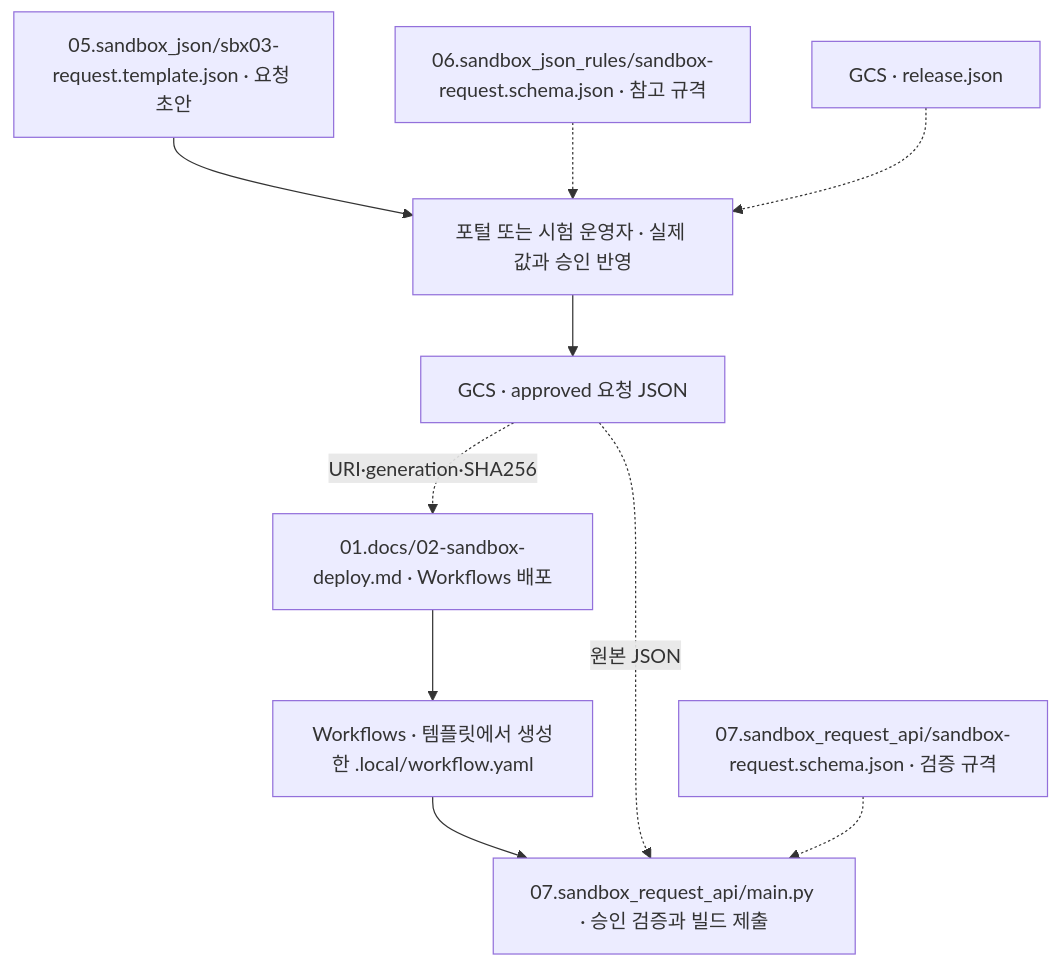
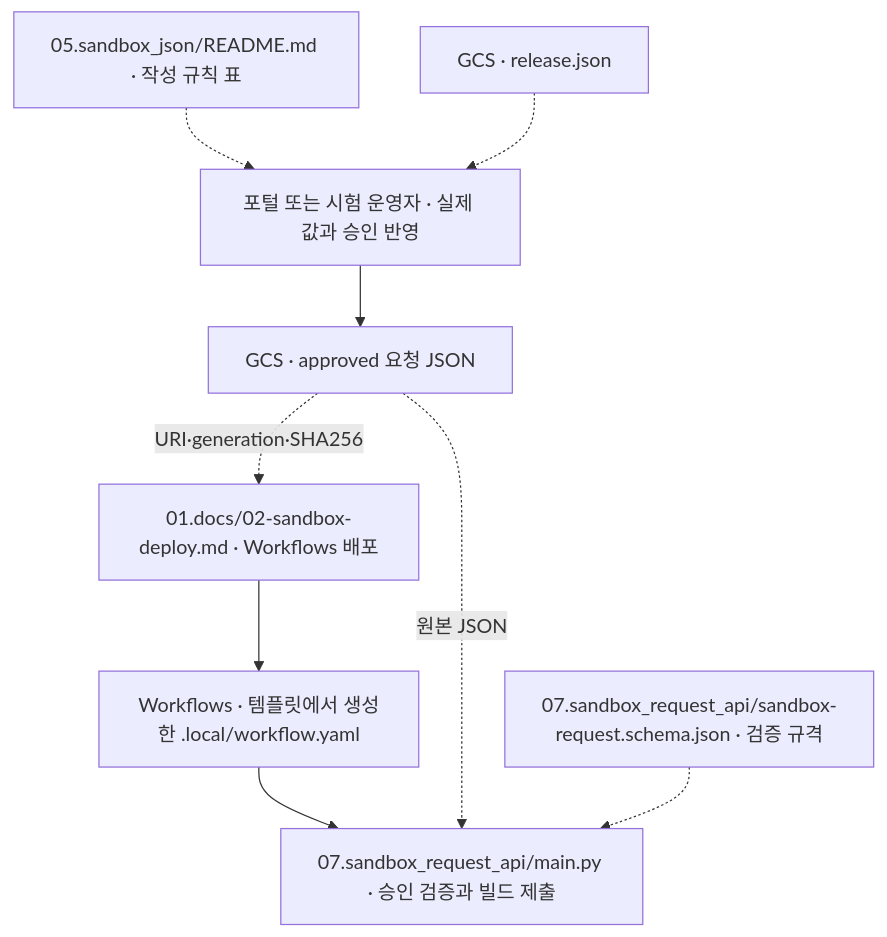
Before and after one commit to sonmap/https-github.com-sonmap-GCP_SBX_Test02: the fourth of 6 diagrams in 01.docs/reference/file-relationships.md, drawn with Mermaid. The commit also changed other lines of this file and 15 other files, not shown here.

Commit message:
Consolidate request authoring rules and remove fixed request examples

````diff
--- a/01.docs/reference/file-relationships.md
+++ b/01.docs/reference/file-relationships.md
@@ -91,21 +91,19 @@
 ```mermaid
 flowchart TD
-    T["05.sandbox_json/sbx03-request.template.json · 요청 초안"]
-    R["06.sandbox_json_rules/sandbox-request.schema.json · 참고 규격"]
+    R["05.sandbox_json/README.md · 작성 규칙 표"]
     ZIP["GCS · release.json"]
     P["포털 또는 시험 운영자 · 실제 값과 승인 반영"]
     S["GCS · approved 요청 JSON"]
     OP["01.docs/02-sandbox-deploy.md · Workflows 배포"]
     WF["Workflows · 템플릿에서 생성한 .local/workflow.yaml"]
     API["07.sandbox_request_api/main.py · 승인 검증과 빌드 제출"]
     V["07.sandbox_request_api/sandbox-request.schema.json · 검증 규격"]
 
-    T --> P
     R -.-> P
     ZIP -.-> P
     P --> S
     S -. "URI·generation·SHA256" .-> OP
     OP --> WF --> API
     S -. "원본 JSON" .-> API
     V -.-> API
 ```
````
